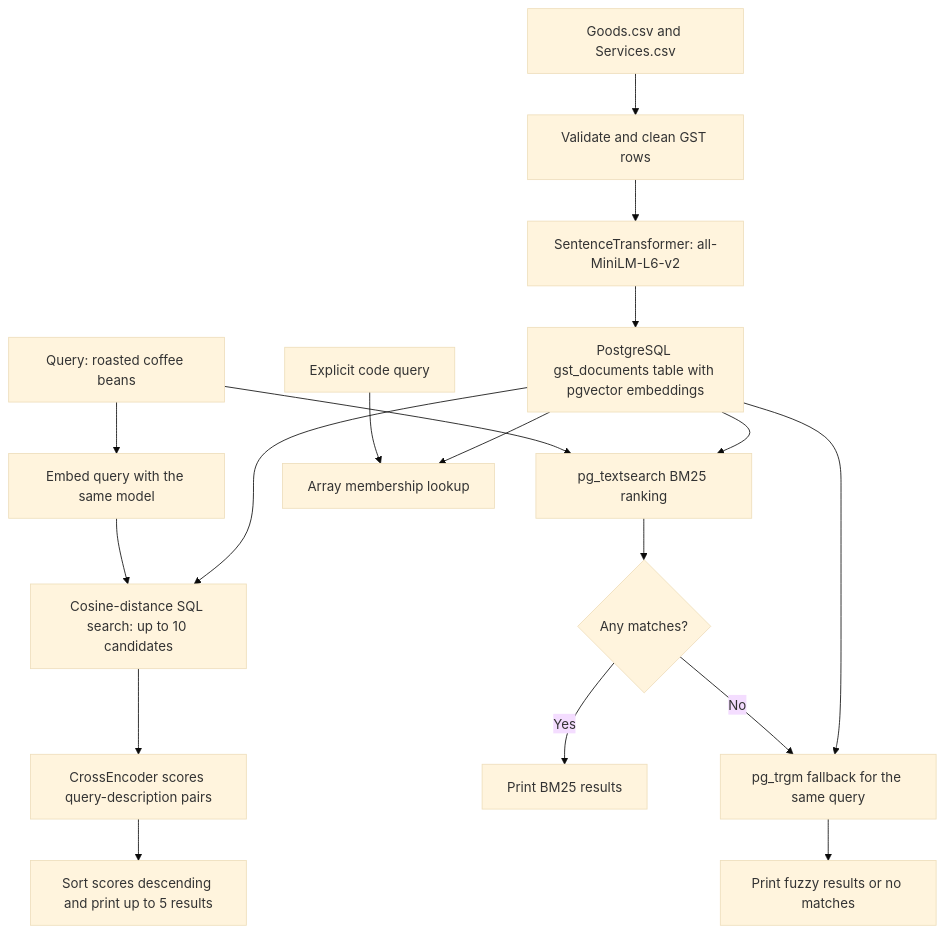
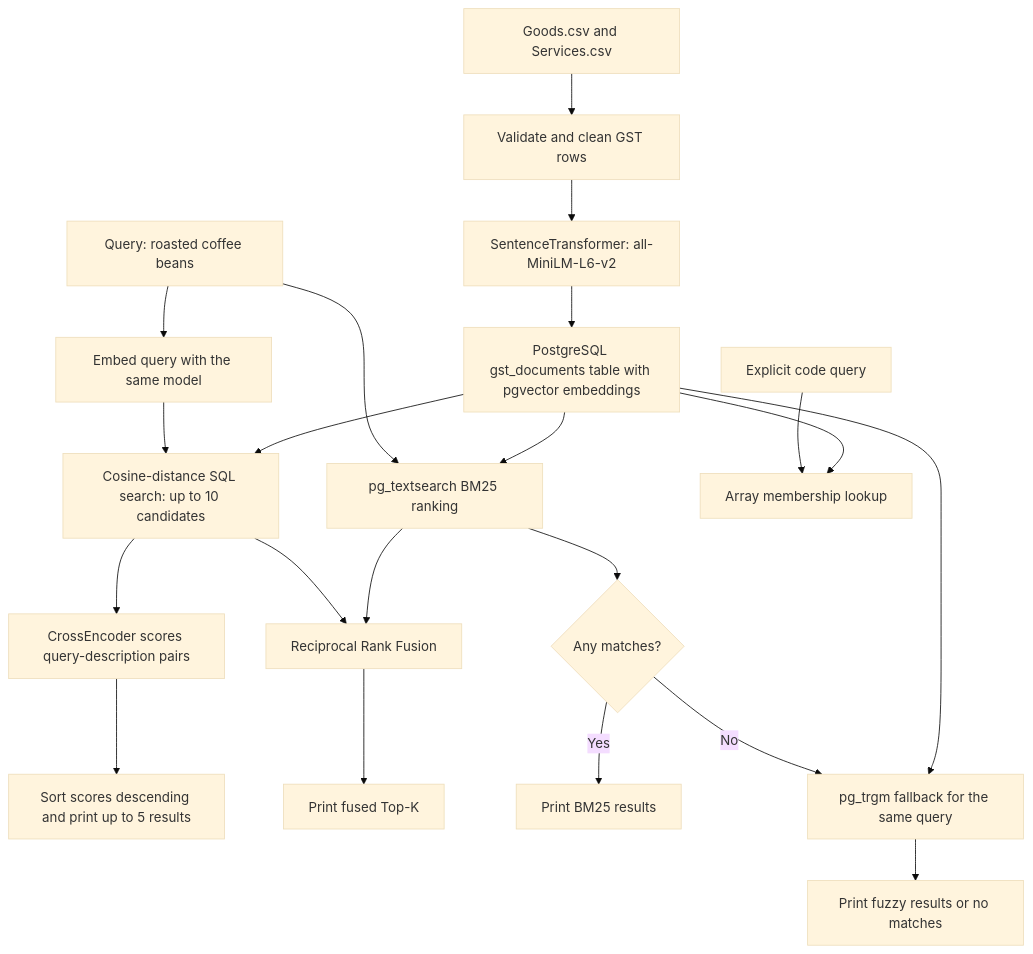
The diagram in docs/project-overview.md (Djinni12/pg-vec-demo), drawn with Mermaid (base theme) before and after one commit. The commit also changed other lines of this file and 6 other files, not shown here.

````diff
--- a/docs/project-overview.md
+++ b/docs/project-overview.md
@@ -13,20 +13,23 @@
 ```mermaid
 flowchart TD
     A[Goods.csv and Services.csv] --> A1[Validate and clean GST rows]
     A1 --> B[SentenceTransformer: all-MiniLM-L6-v2]
     B --> C[PostgreSQL gst_documents table with pgvector embeddings]
     D[Query: roasted coffee beans] --> E[Embed query with the same model]
     E --> F[Cosine-distance SQL search: up to 10 candidates]
     C --> F
     F --> G[CrossEncoder scores query-description pairs]
     G --> H[Sort scores descending and print up to 5 results]
     D --> J[pg_textsearch BM25 ranking]
     C --> J
+    F --> R[Reciprocal Rank Fusion]
+    J --> R
+    R --> S[Print fused Top-K]
     J --> L{Any matches?}
     L -->|Yes| K[Print BM25 results]
     L -->|No| M[pg_trgm fallback for the same query]
     C --> M
     M --> N[Print fuzzy results or no matches]
     O[Explicit code query] --> P[Array membership lookup]
     C --> P
 ```
````
